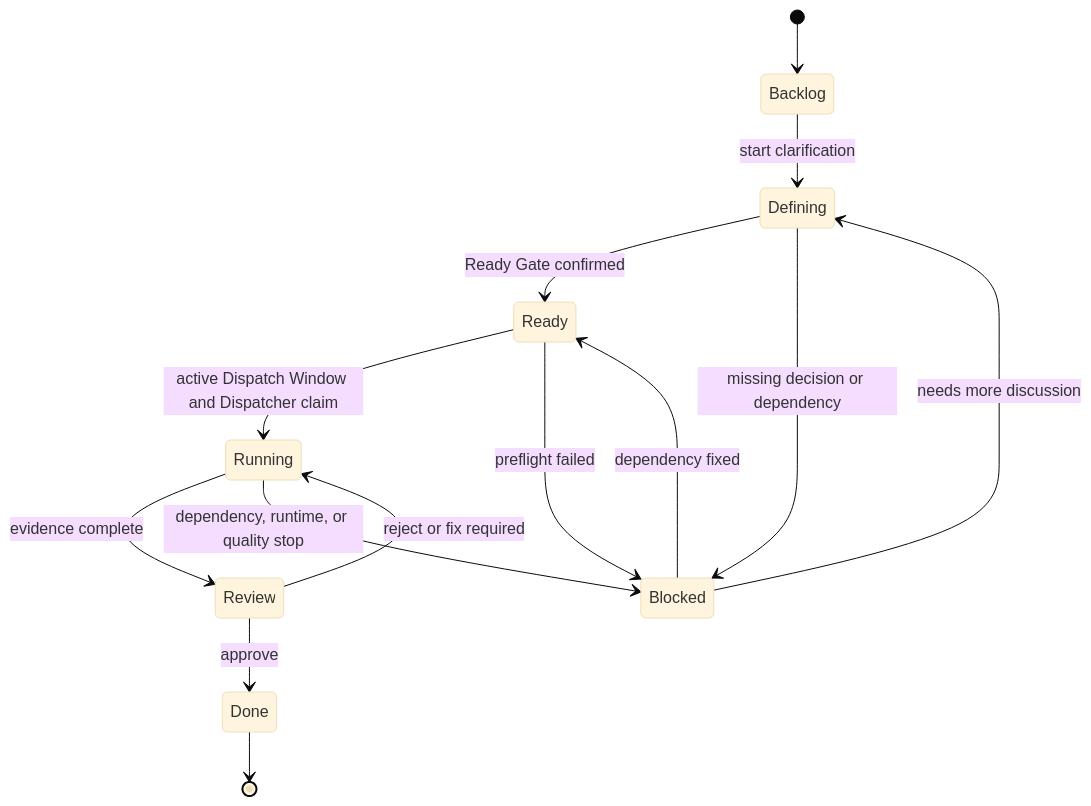
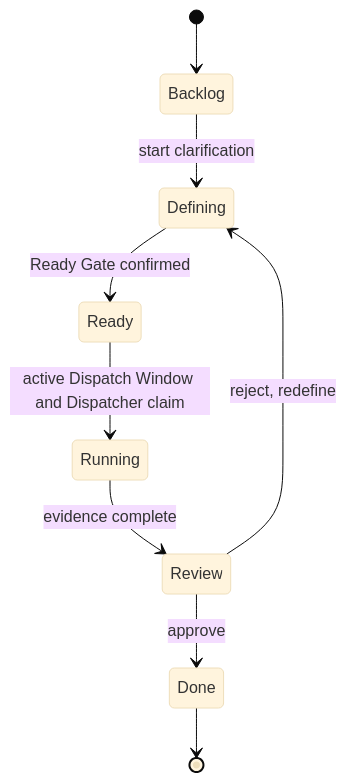
The ninth of 14 diagrams in docs/grimo/PRD.md (samzhu/grimoAPP), drawn with Mermaid (base theme) before and after one commit. The commit also changed other lines of this file and 30 other files, not shown here.

````diff
--- a/docs/grimo/PRD.md
+++ b/docs/grimo/PRD.md
@@ -299,16 +300,11 @@
 ```mermaid
 stateDiagram-v2
   [*] --> Backlog
   Backlog --> Defining: start clarification
   Defining --> Ready: Ready Gate confirmed
   Ready --> Running: active Dispatch Window and Dispatcher claim
   Running --> Review: evidence complete
   Review --> Done: approve
-  Review --> Running: reject or fix required
-  Running --> Blocked: dependency, runtime, or quality stop
-  Defining --> Blocked: missing decision or dependency
-  Ready --> Blocked: preflight failed
-  Blocked --> Defining: needs more discussion
-  Blocked --> Ready: dependency fixed
+  Review --> Defining: reject, redefine
   Done --> [*]
 ```
````
